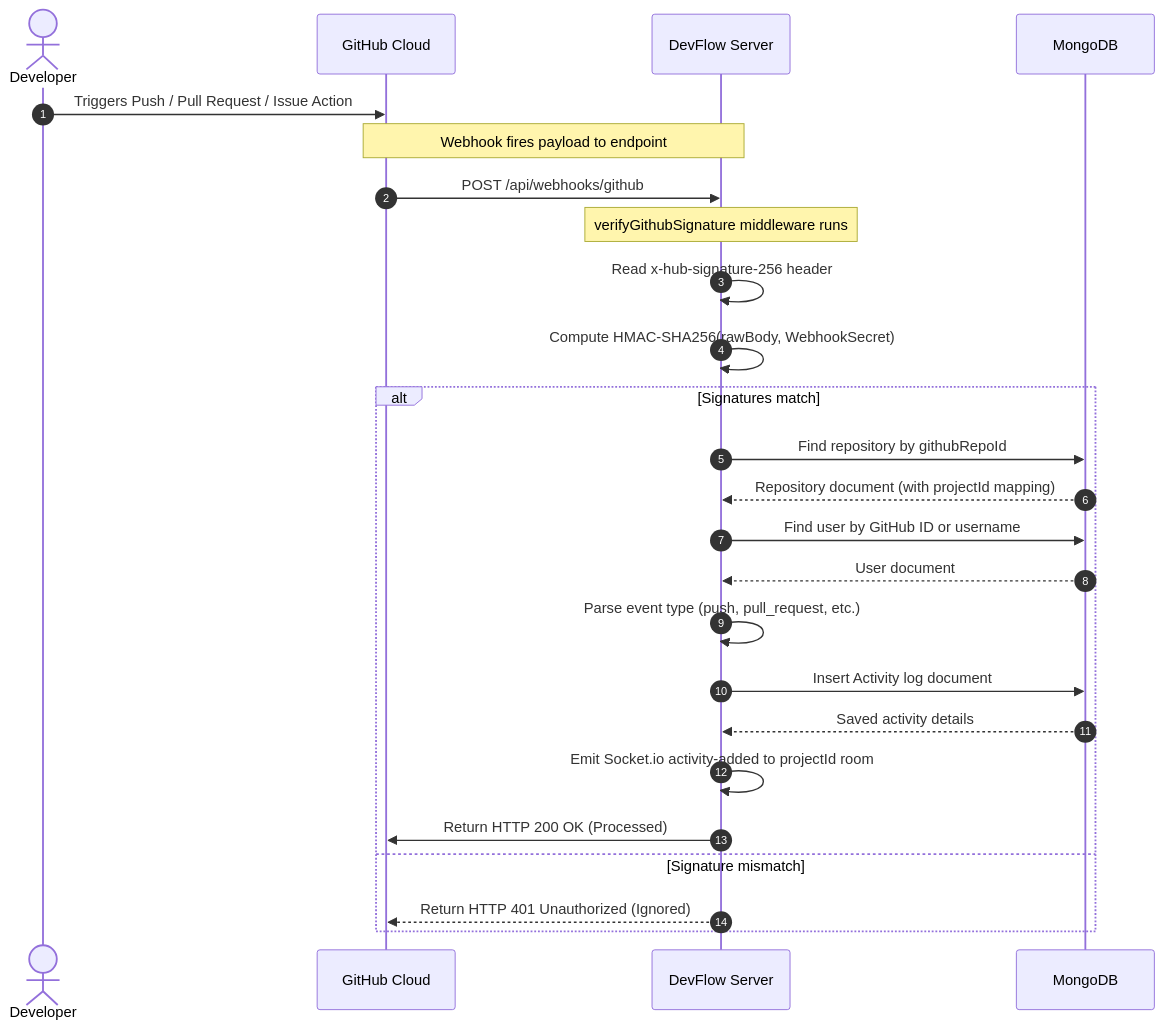
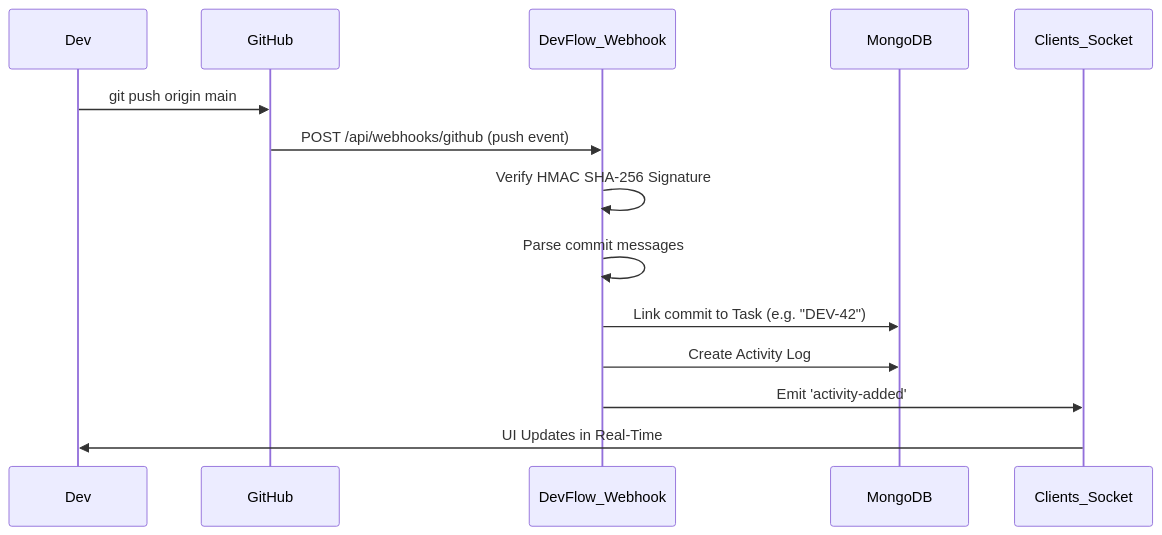
The fifth of 6 diagrams in README.md (JEN-chad/DevFlow), drawn with Mermaid before and after one commit. The commit also changed other lines of this file, not shown here.

````diff
--- a/README.md
+++ b/README.md
@@ -666,28 +273,17 @@
 ```mermaid
 sequenceDiagram
-    autonumber
-    actor Developer
-    participant GH as GitHub Cloud
-    participant BE as DevFlow Server
-    participant DB as MongoDB
-
-    Developer->>GH: Triggers Push / Pull Request / Issue Action
-    Note over GH, BE: Webhook fires payload to endpoint
-    GH->>BE: POST /api/webhooks/github
-    Note over BE: verifyGithubSignature middleware runs
-    BE->>BE: Read x-hub-signature-256 header
-    BE->>BE: Compute HMAC-SHA256(rawBody, WebhookSecret)
-    alt Signatures match
-        BE->>DB: Find repository by githubRepoId
-        DB-->>BE: Repository document (with projectId mapping)
-        BE->>DB: Find user by GitHub ID or username
-        DB-->>BE: User document
-        BE->>BE: Parse event type (push, pull_request, etc.)
-        BE->>DB: Insert Activity log document
-        DB-->>BE: Saved activity details
-        BE->>BE: Emit Socket.io activity-added to projectId room
-        BE->>GH: Return HTTP 200 OK (Processed)
-    else Signature mismatch
-        BE-->>GH: Return HTTP 401 Unauthorized (Ignored)
-    end
+    participant Dev
+    participant GitHub
+    participant DevFlow_Webhook
+    participant MongoDB
+    participant Clients_Socket
+    
+    Dev->>GitHub: git push origin main
+    GitHub->>DevFlow_Webhook: POST /api/webhooks/github (push event)
+    DevFlow_Webhook->>DevFlow_Webhook: Verify HMAC SHA-256 Signature
+    DevFlow_Webhook->>DevFlow_Webhook: Parse commit messages
+    DevFlow_Webhook->>MongoDB: Link commit to Task (e.g. "DEV-42")
+    DevFlow_Webhook->>MongoDB: Create Activity Log
+    DevFlow_Webhook->>Clients_Socket: Emit 'activity-added'
+    Clients_Socket->>Dev: UI Updates in Real-Time
 ```
````
